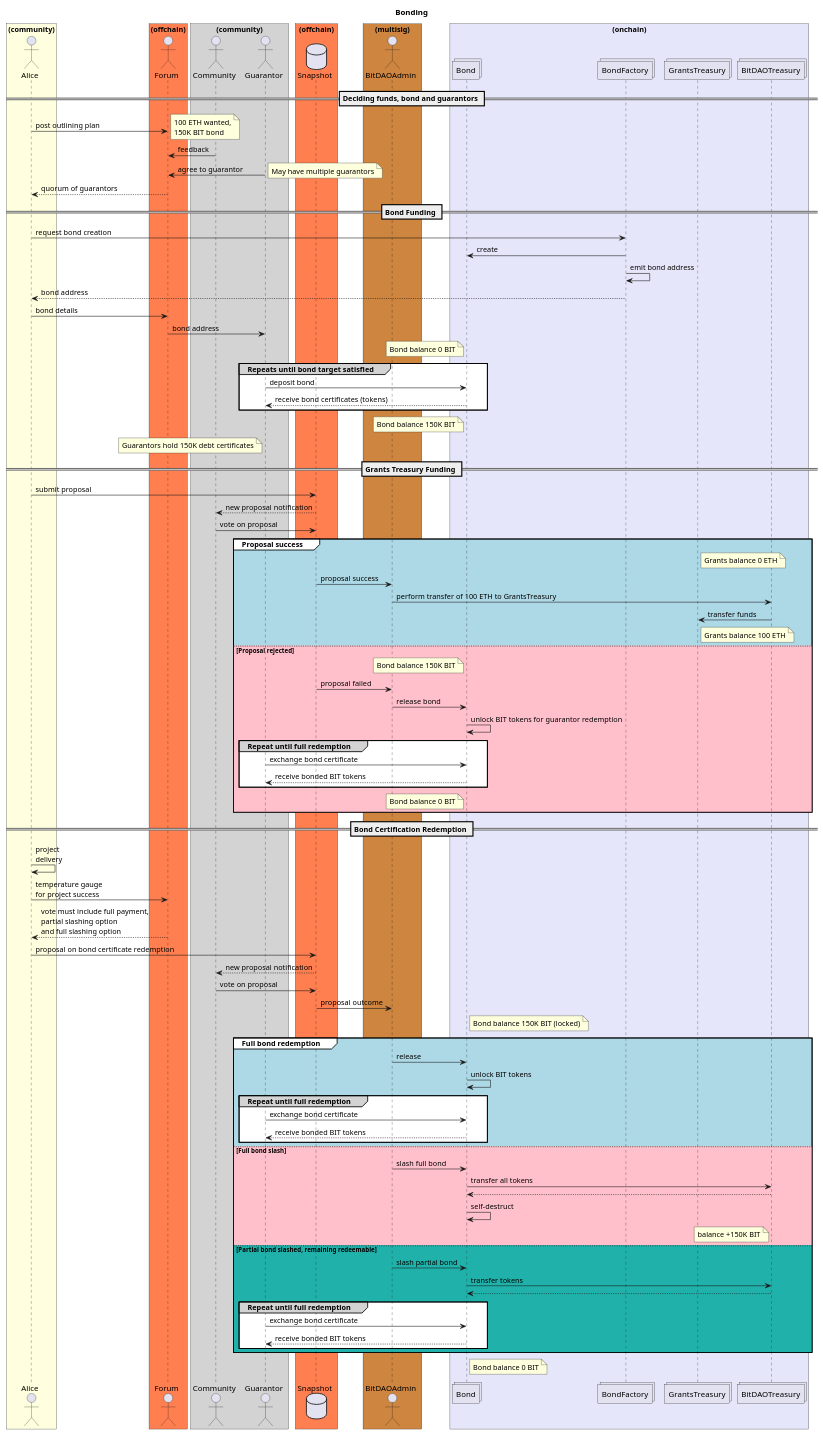
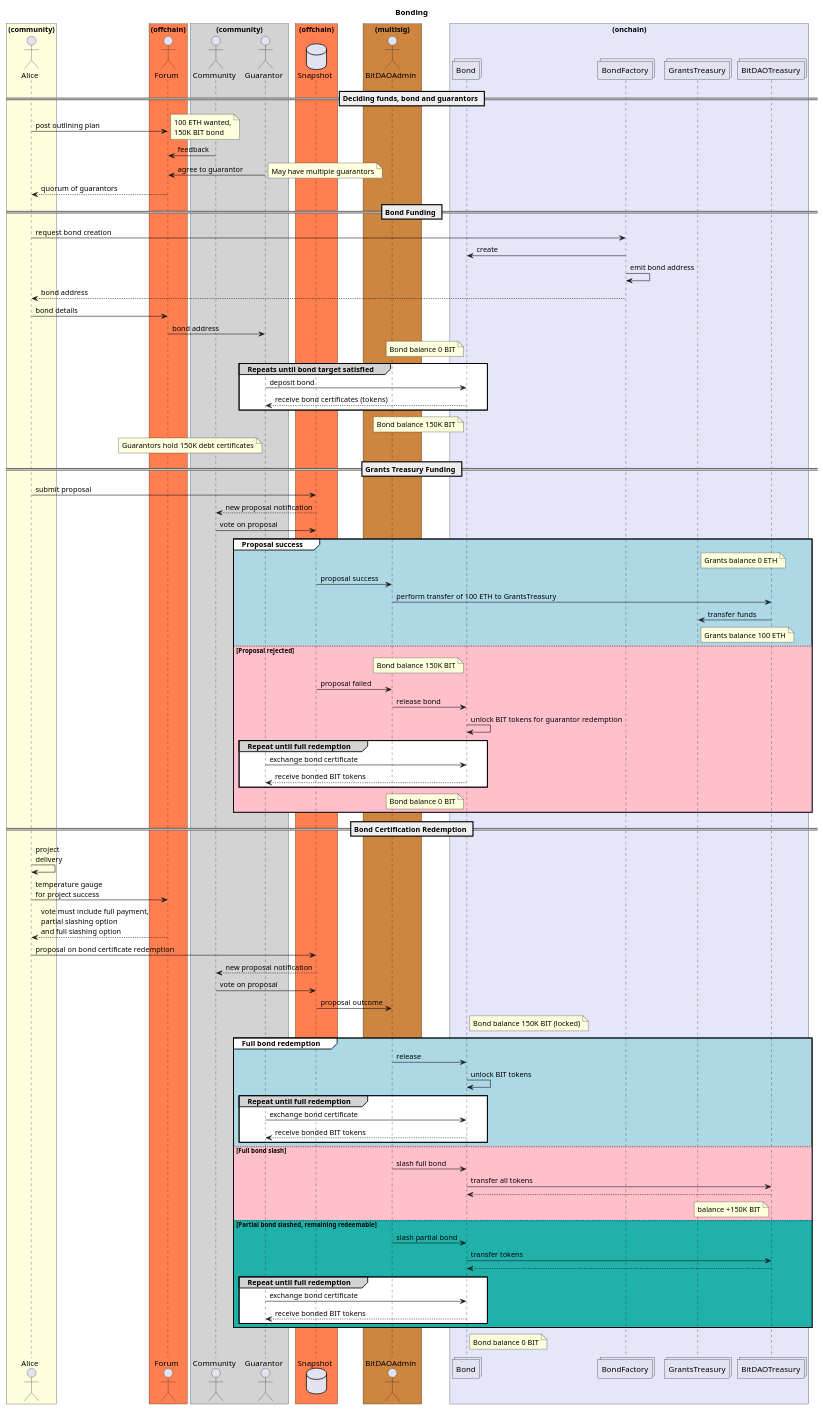
One commit to windranger-io/windranger-treasury changed the diagram in docs/specs/bonding.puml. Above: the diagram before and after it, drawn with PlantUML.

Commit message:
spec: no contract self-destruct on full slash

```diff
--- a/docs/specs/bonding.puml
+++ b/docs/specs/bonding.puml
@@ -1,127 +1,126 @@
 @startuml
 'https://plantuml.com/sequence-diagram
 
 title Bonding
 
 box "(community)" #LightYellow
 actor Alice as alice
 end box
 
 box "(offchain)" #Coral
 actor Forum as forum
 end box
 
 box "(community)" #LightGray
 actor Community as community
 actor Guarantor as guarantor
 end box
 
 box "(offchain)" #Coral
 database Snapshot as snapshot
 end box
 
 box "(multisig)" #Peru
 actor BitDAOAdmin as bitdaoadmin
 end box
 
 box "(onchain)" #Lavender
 collections Bond as bond
 collections BondFactory as bondFactory
 collections GrantsTreasury as grantstreasury
 collections BitDAOTreasury as bitdaotreasury
 end box
 
 
 == Deciding funds, bond and guarantors ==
 
 alice->forum                : post outlining plan
 note right                  : 100 ETH wanted,\n150K BIT bond
 community->forum            : feedback
 guarantor->forum            : agree to guarantor
 note right                  : May have multiple guarantors
 forum-->alice               : quorum of guarantors
 
 
 == Bond Funding ==
 
 alice->bondFactory          : request bond creation
 bondFactory->bond           : create
 bondFactory->bondFactory    : emit bond address
 bondFactory-->alice         : bond address
 alice->forum                : bond details
 forum->guarantor            : bond address
 note left of bond           : Bond balance 0 BIT
 
 group#lightgray #white Repeats until bond target satisfied
     guarantor->bond         : deposit bond
     bond-->guarantor        : receive bond certificates (tokens)
 end
 
 note left of bond           : Bond balance 150K BIT
 note left of guarantor      : Guarantors hold 150K debt certificates
 
 == Grants Treasury Funding ==
 alice -> snapshot               : submit proposal
 snapshot-->community            : new proposal notification
 community -> snapshot           : vote on proposal
 
 group#white #LightBlue Proposal success
     note right of grantstreasury    : Grants balance 0 ETH
     snapshot -> bitdaoadmin         : proposal success
     bitdaoadmin -> bitdaotreasury   : perform transfer of 100 ETH to GrantsTreasury
     bitdaotreasury -> grantstreasury: transfer funds
     note right of grantstreasury    : Grants balance 100 ETH
 
 else #Pink Proposal rejected
     note left of bond               : Bond balance 150K BIT
     snapshot -> bitdaoadmin         : proposal failed
     bitdaoadmin -> bond             : release bond
     bond -> bond                    : unlock BIT tokens for guarantor redemption
     group#lightgray #white Repeat until full redemption
         guarantor->bond             : exchange bond certificate
         bond-->guarantor            : receive bonded BIT tokens
     end
     note left of bond               : Bond balance 0 BIT
 end
 
 
 == Bond Certification Redemption ==
 
 alice->alice                    : project\ndelivery
 alice->forum                    : temperature gauge\nfor project success
 forum-->alice                   : vote must include full payment,\npartial slashing option\nand full slashing option
 alice->snapshot                 : proposal on bond certificate redemption
 snapshot-->community            : new proposal notification
 community -> snapshot           : vote on proposal
 snapshot -> bitdaoadmin         : proposal outcome
 
 
 note right of bond              : Bond balance 150K BIT (locked)
 
 group#white #LightBlue Full bond redemption
     bitdaoadmin->bond           : release
     bond->bond                  : unlock BIT tokens
     group#lightgray #white Repeat until full redemption
         guarantor->bond         : exchange bond certificate
         bond-->guarantor        : receive bonded BIT tokens
     end
 else #Pink Full bond slash
     bitdaoadmin->bond           : slash full bond
     bond->bitdaotreasury        : transfer all tokens
     bitdaotreasury-->bond
-    bond->bond                  : self-destruct
     note left of bitdaotreasury : balance +150K BIT
 else #lightseagreen Partial bond slashed, remaining redeemable
     bitdaoadmin->bond           : slash partial bond
     bond->bitdaotreasury        : transfer tokens
     bitdaotreasury-->bond
     group#lightgray #white Repeat until full redemption
         guarantor->bond         : exchange bond certificate
         bond-->guarantor        : receive bonded BIT tokens
     end
 end
 
 
 note right of bond              : Bond balance 0 BIT
 
 @enduml
```
